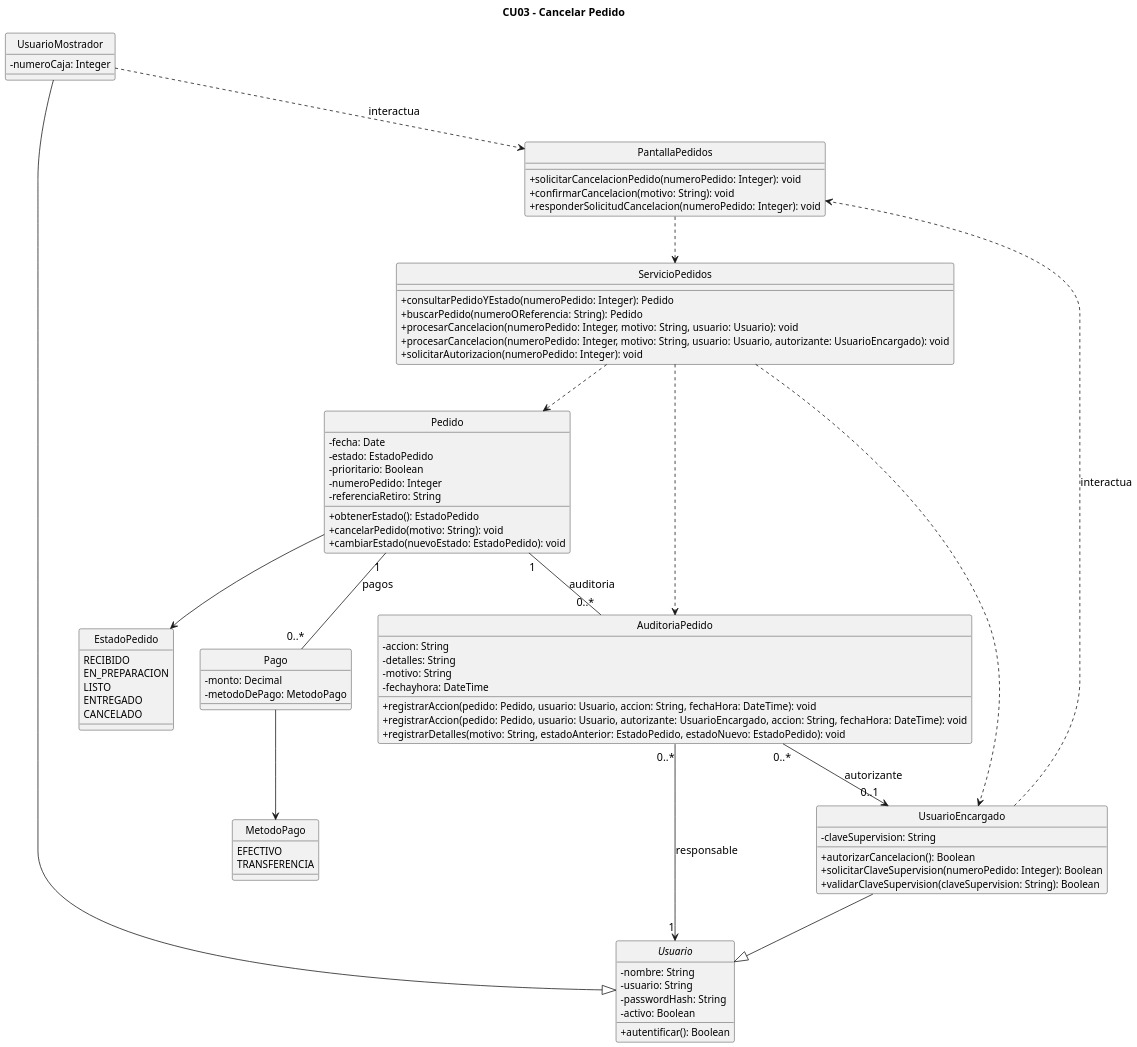
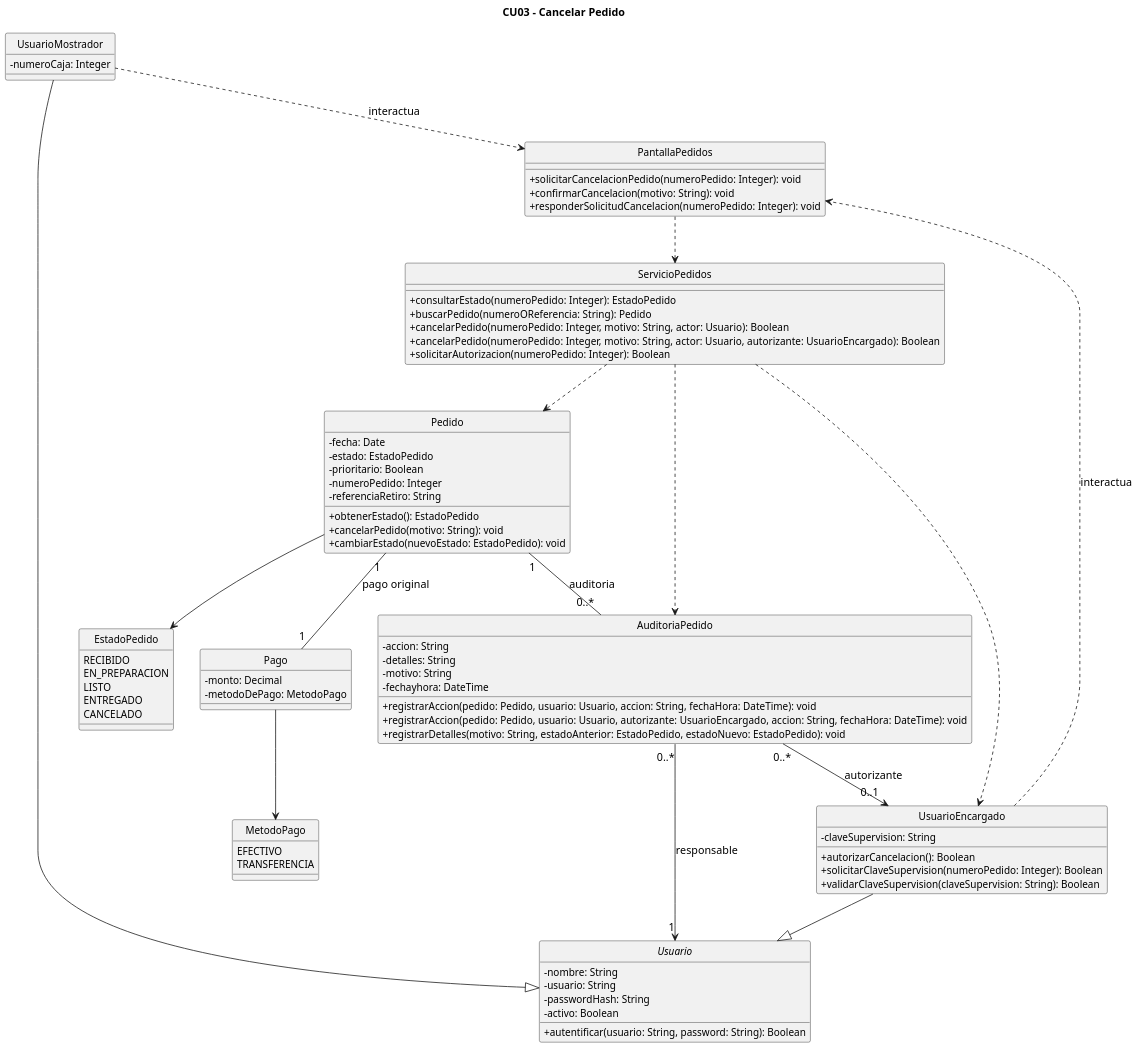
The diagram in diagramas/01-diagrama-clases/03-clases-cancelar-pedido-03.puml (eloeyhe/SistemaPedidos), drawn with PlantUML before and after one commit. The commit also changed 38 other files, not shown here.

First line of the commit message:
fix: unifico contratos de CU1 a CU5 con el diagrama final y la política de pagos (RC25, RC26, RC27, RC28, RC29, RC30)

```diff
--- a/diagramas/01-diagrama-clases/03-clases-cancelar-pedido-03.puml
+++ b/diagramas/01-diagrama-clases/03-clases-cancelar-pedido-03.puml
@@ -2,102 +2,102 @@
 @startuml
 title CU03 - Cancelar Pedido
 top to bottom direction
 hide circle
 skinparam classAttributeIconSize 0
 skinparam defaultFontSize 14
 skinparam classFontSize 15
 skinparam classAttributeFontSize 13
 skinparam dpi 160
 
 abstract class Usuario {
   -nombre: String
   -usuario: String
   -passwordHash: String
   -activo: Boolean
-  +autentificar(): Boolean
+  +autentificar(usuario: String, password: String): Boolean
 }
 
 class UsuarioMostrador {
   -numeroCaja: Integer
 }
 
 class UsuarioEncargado {
   -claveSupervision: String
   +autorizarCancelacion(): Boolean
   +solicitarClaveSupervision(numeroPedido: Integer): Boolean
   +validarClaveSupervision(claveSupervision: String): Boolean
 }
 
 class PantallaPedidos {
   +solicitarCancelacionPedido(numeroPedido: Integer): void
   +confirmarCancelacion(motivo: String): void
   +responderSolicitudCancelacion(numeroPedido: Integer): void
 }
 
 class ServicioPedidos {
-  +consultarPedidoYEstado(numeroPedido: Integer): Pedido
+  +consultarEstado(numeroPedido: Integer): EstadoPedido
   +buscarPedido(numeroOReferencia: String): Pedido
-  +procesarCancelacion(numeroPedido: Integer, motivo: String, usuario: Usuario): void
-  +procesarCancelacion(numeroPedido: Integer, motivo: String, usuario: Usuario, autorizante: UsuarioEncargado): void
-  +solicitarAutorizacion(numeroPedido: Integer): void
+  +cancelarPedido(numeroPedido: Integer, motivo: String, actor: Usuario): Boolean
+  +cancelarPedido(numeroPedido: Integer, motivo: String, actor: Usuario, autorizante: UsuarioEncargado): Boolean
+  +solicitarAutorizacion(numeroPedido: Integer): Boolean
 }
 
 class Pedido {
   -fecha: Date
   -estado: EstadoPedido
   -prioritario: Boolean
   -numeroPedido: Integer
   -referenciaRetiro: String
   +obtenerEstado(): EstadoPedido
   +cancelarPedido(motivo: String): void
   +cambiarEstado(nuevoEstado: EstadoPedido): void
 }
 
 class Pago {
   -monto: Decimal
   -metodoDePago: MetodoPago
 }
 
 class AuditoriaPedido {
   -accion: String
   -detalles: String
   -motivo: String
   -fechayhora: DateTime
   +registrarAccion(pedido: Pedido, usuario: Usuario, accion: String, fechaHora: DateTime): void
   +registrarAccion(pedido: Pedido, usuario: Usuario, autorizante: UsuarioEncargado, accion: String, fechaHora: DateTime): void
   +registrarDetalles(motivo: String, estadoAnterior: EstadoPedido, estadoNuevo: EstadoPedido): void
 }
 
 enum EstadoPedido {
   RECIBIDO
   EN_PREPARACION
   LISTO
   ENTREGADO
   CANCELADO
 }
 
 enum MetodoPago {
   EFECTIVO
   TRANSFERENCIA
 }
 
 UsuarioMostrador --|> Usuario
 UsuarioEncargado --|> Usuario
 
 UsuarioMostrador ..> PantallaPedidos : interactua
 UsuarioEncargado ..> PantallaPedidos : interactua
 
 PantallaPedidos ..> ServicioPedidos
 ServicioPedidos ..> Pedido
 ServicioPedidos ..> AuditoriaPedido
 ServicioPedidos ..> UsuarioEncargado
 
-Pedido "1" -- "0..*" Pago : pagos
+Pedido "1" -- "1" Pago : pago original
 Pedido "1" -- "0..*" AuditoriaPedido : auditoria
 
 AuditoriaPedido "0..*" --> "1" Usuario : responsable
 AuditoriaPedido "0..*" --> "0..1" UsuarioEncargado : autorizante
 
 Pedido --> EstadoPedido
 Pago --> MetodoPago
 @enduml
```
